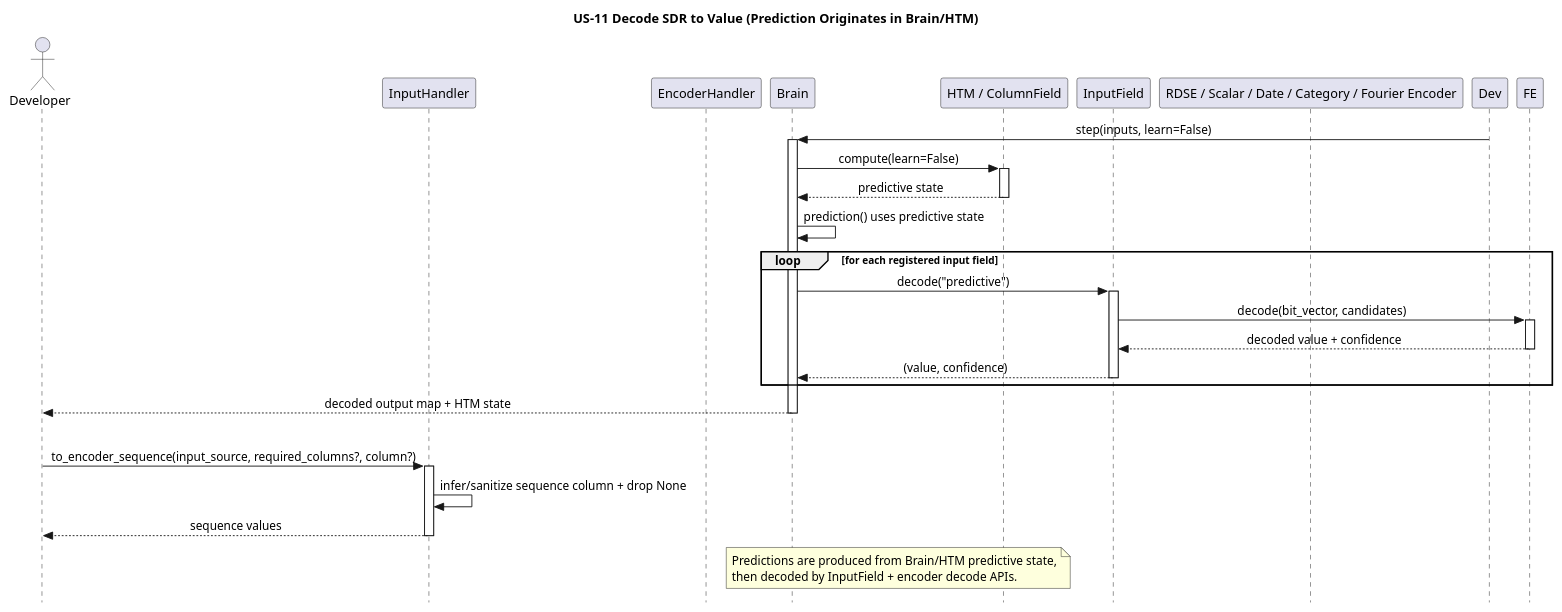
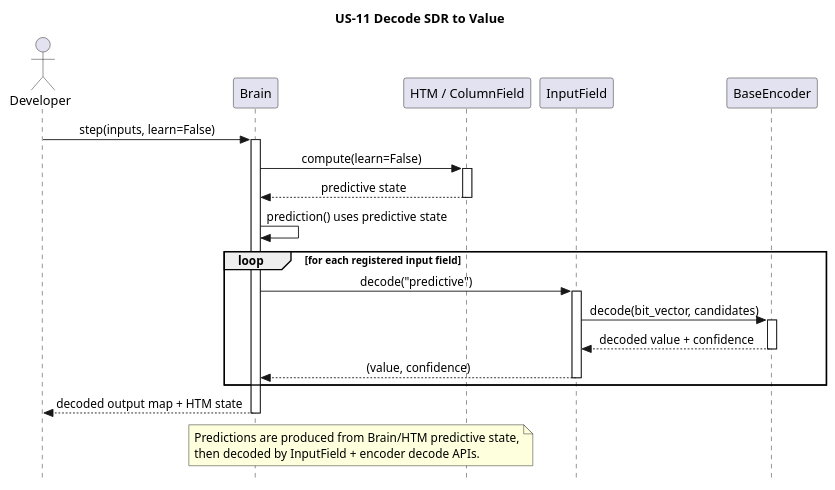
Before and after one commit to egrembocki/htmrl: the diagram in docs/puml/US/us-11.puml, drawn with PlantUML. The commit also changed 2 other files, not shown here.

```diff
--- a/docs/puml/US/us-11.puml
+++ b/docs/puml/US/us-11.puml
@@ -1,49 +1,39 @@
 @startuml
 skinparam style strictuml
 skinparam sequenceMessageAlign center
 skinparam responseMessageBelowArrow true
 
-title US-11 Decode SDR to Value (Prediction Originates in Brain/HTM)
-
-actor Developer
-participant "InputHandler" as IH
-participant "EncoderHandler" as EH
+title US-11 Decode SDR to Value
+actor Developer as Dev
 participant "Brain" as BR
 participant "HTM / ColumnField" as HTM
 participant "InputField" as IF
-participant "RDSE / Scalar / Date / Category / Fourier Encoder" as ENC
+participant "BaseEncoder" as ENC
 
 Dev -> BR: step(inputs, learn=False)
 activate BR
 BR -> HTM: compute(learn=False)
 activate HTM
 HTM --> BR: predictive state
 deactivate HTM
 
 BR -> BR: prediction() uses predictive state
 loop for each registered input field
   BR -> IF: decode("predictive")
   activate IF
-  IF -> FE: decode(bit_vector, candidates)
-  activate FE
-  FE --> IF: decoded value + confidence
-  deactivate FE
+  IF -> ENC: decode(bit_vector, candidates)
+  activate ENC
+  ENC --> IF: decoded value + confidence
+  deactivate ENC
   IF --> BR: (value, confidence)
   deactivate IF
 end
 
-BR --> Developer: decoded output map + HTM state
+BR --> Dev: decoded output map + HTM state
 deactivate BR
-
-alt optional frequency-only preprocessing
-  Developer -> IH: to_encoder_sequence(input_source, required_columns?, column?)
-  activate IH
-  IH -> IH: infer/sanitize sequence column + drop None
-  IH --> Developer: sequence values
-  deactivate IH
 
 note over BR,HTM
 Predictions are produced from Brain/HTM predictive state,
 then decoded by InputField + encoder decode APIs.
 end note
 @enduml
```
